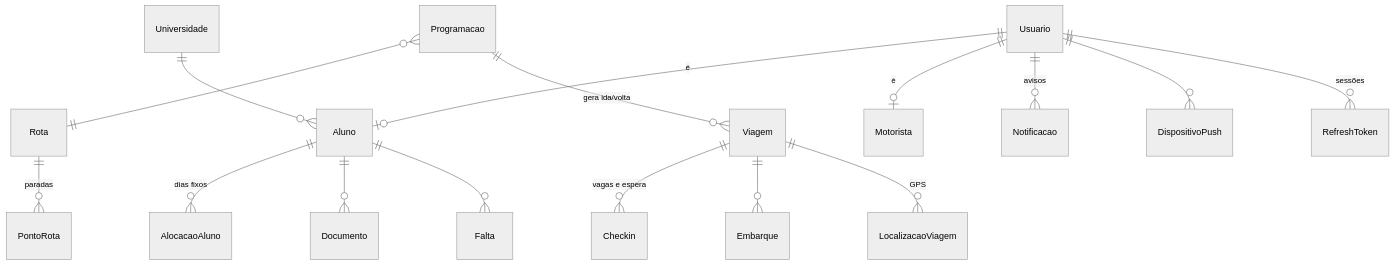
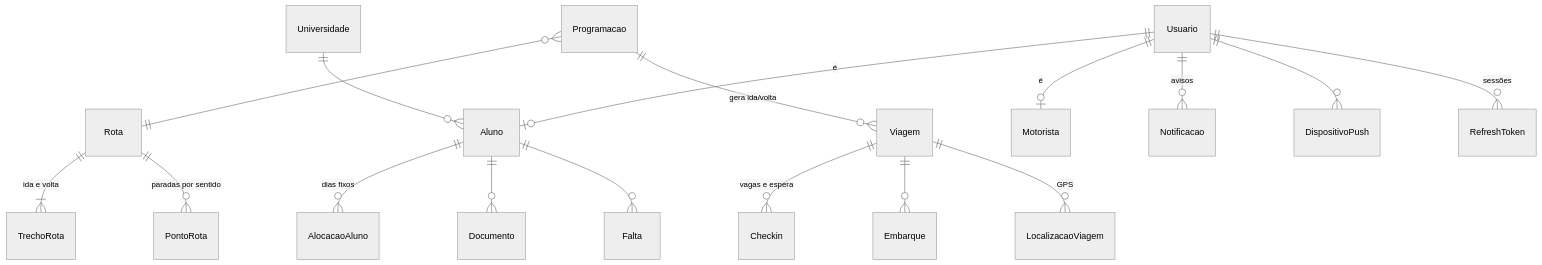
One commit to samakoi/buson changed the second of 2 diagrams in docs/arquitetura.md. Above: the diagram before and after it, drawn with Mermaid (neutral theme). The commit also changed other lines of this file and 5 other files, not shown here.

Commit message:
Documentação da fase 12: ida e volta na viagem, exclusão lógica de rotas (ADR 0009)

````diff
--- a/docs/arquitetura.md
+++ b/docs/arquitetura.md
@@ -103,18 +103,19 @@
 ```mermaid
 erDiagram
   Usuario ||--o| Aluno : "é"
   Usuario ||--o| Motorista : "é"
   Universidade ||--o{ Aluno : ""
-  Rota ||--o{ PontoRota : "paradas"
+  Rota ||--|{ TrechoRota : "ida e volta"
+  Rota ||--o{ PontoRota : "paradas por sentido"
   Programacao }o--|| Rota : ""
   Programacao ||--o{ Viagem : "gera ida/volta"
   Aluno ||--o{ AlocacaoAluno : "dias fixos"
   Viagem ||--o{ Checkin : "vagas e espera"
   Viagem ||--o{ Embarque : ""
   Viagem ||--o{ LocalizacaoViagem : "GPS"
   Aluno ||--o{ Documento : ""
   Aluno ||--o{ Falta : ""
   Usuario ||--o{ Notificacao : "avisos"
   Usuario ||--o{ DispositivoPush : ""
   Usuario ||--o{ RefreshToken : "sessões"
 ```
````
